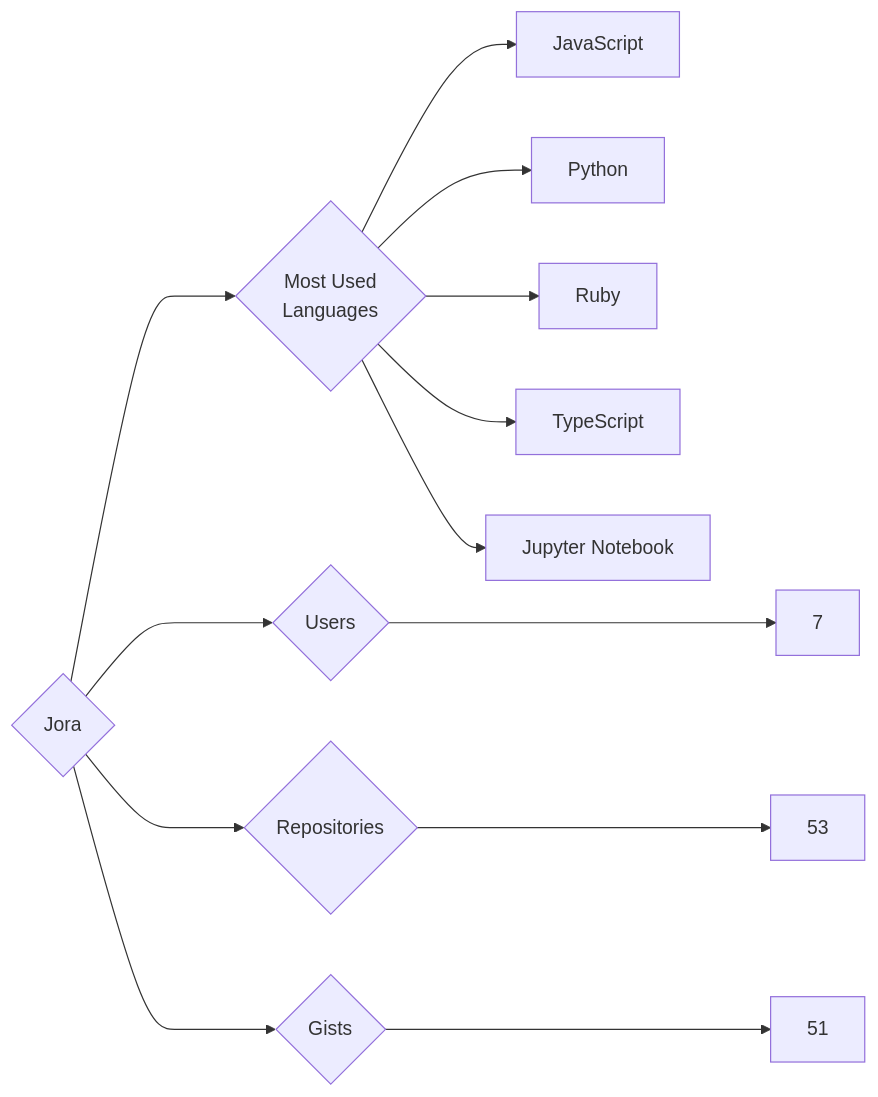
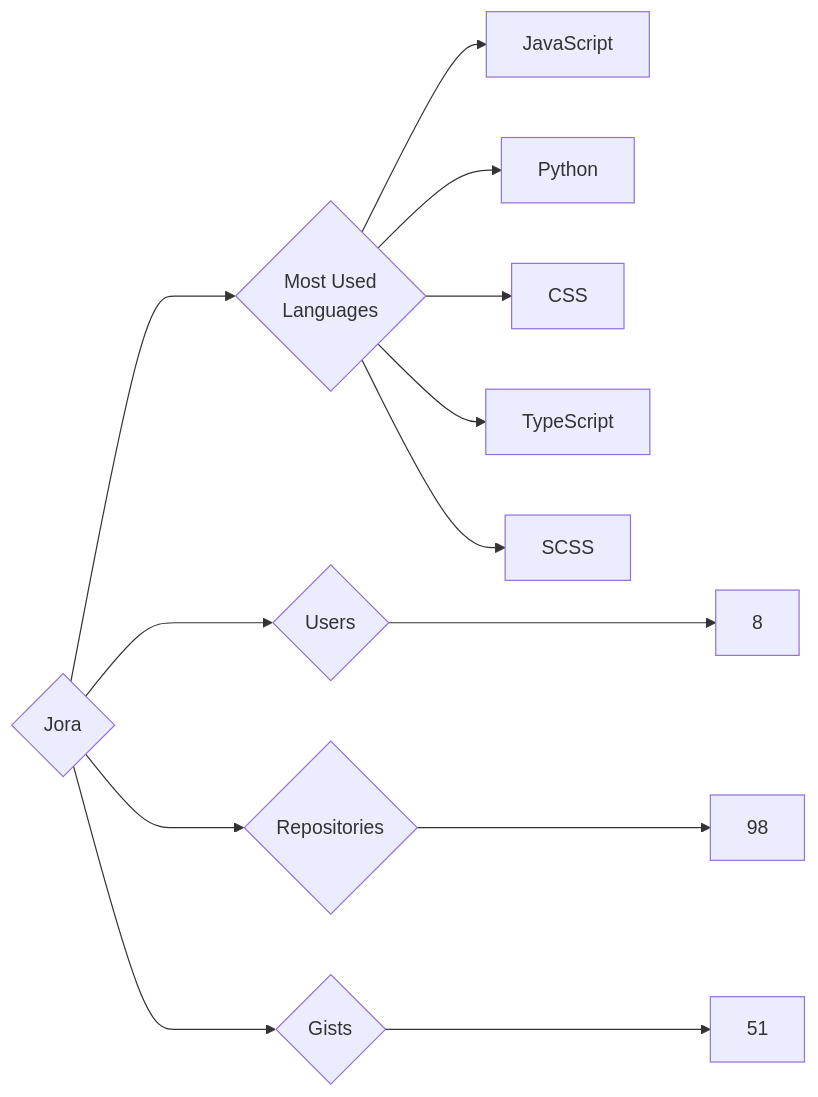
The diagram in targets/Jora/README.md (trickest/insiders), drawn with Mermaid before and after one commit. The commit also changed 714 other files, not shown here.

````diff
--- a/targets/Jora/README.md
+++ b/targets/Jora/README.md
@@ -3,13 +3,13 @@
 ```mermaid
 graph LR
 COMPANY_NAME{Jora}
-COMPANY_NAME ---> U{Users} ---> UN[7]
-COMPANY_NAME ---> R{Repositories} ---> RN[53]
+COMPANY_NAME ---> U{Users} ---> UN[8]
+COMPANY_NAME ---> R{Repositories} ---> RN[98]
 COMPANY_NAME ---> G{Gists} ---> GN[51]
 COMPANY_NAME ---> ML{Most Used<br>Languages}
 ML --> JavaScript[JavaScript]
 ML --> Python[Python]
-ML --> Ruby[Ruby]
+ML --> CSS[CSS]
 ML --> TypeScript[TypeScript]
-ML --> Jupyter_Notebook[Jupyter Notebook]
+ML --> SCSS[SCSS]
 ```
````
